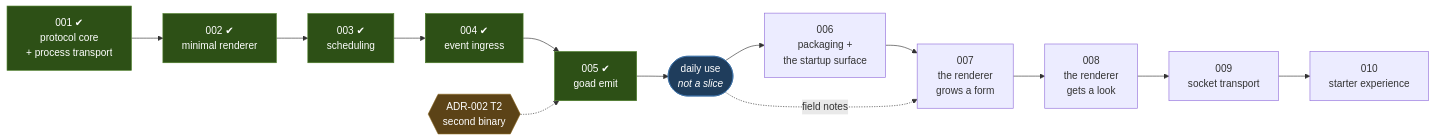
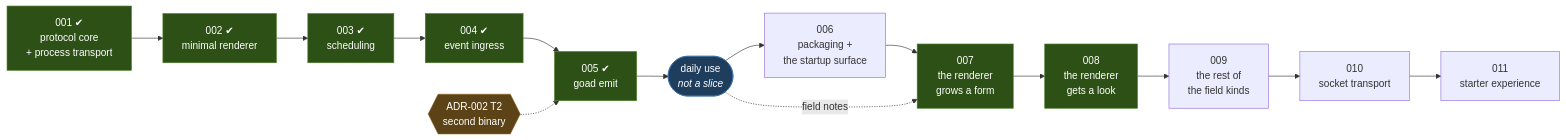
The diagram in docs/roadmap.md (davidlee/goad), drawn with Mermaid before and after one commit. The commit also changed other lines of this file and 18 other files, not shown here.

````diff
--- a/docs/roadmap.md
+++ b/docs/roadmap.md
@@ -74,27 +87,28 @@
 ```mermaid
 graph LR
   S1["001 ✔<br/>protocol core<br/>+ process transport"]
   S2["002 ✔<br/>minimal renderer"]
   S3["003 ✔<br/>scheduling"]
   S4["004 ✔<br/>event ingress"]
   S5["005 ✔<br/>goad emit"]
   USE(["daily use<br/><i>not a slice</i>"])
   S6["006<br/>packaging +<br/>the startup surface"]
   S7["007<br/>the renderer<br/>grows a form"]
   S8["008<br/>the renderer<br/>gets a look"]
-  S9["009<br/>socket transport"]
-  S10["010<br/>starter experience"]
+  S9["009<br/>the rest of<br/>the field kinds"]
+  S10["010<br/>socket transport"]
+  S11["011<br/>starter experience"]
 
   T2{{"ADR-002 T2<br/>second binary"}}
 
-  S1 --> S2 --> S3 --> S4 --> S5 --> USE --> S6 --> S7 --> S8 --> S9 --> S10
+  S1 --> S2 --> S3 --> S4 --> S5 --> USE --> S6 --> S7 --> S8 --> S9 --> S10 --> S11
   T2 -.-> S5
   USE -.->|field notes| S7
 
   classDef done fill:#2d5016,stroke:#4a7c26,color:#fff
   classDef trigger fill:#5c4317,stroke:#8a6620,color:#fff
   classDef use fill:#1f3d5c,stroke:#3a6ea5,color:#fff
-  class S1,S2,S3,S4,S5 done
+  class S1,S2,S3,S4,S5,S7,S8 done
   class T2 trigger
   class USE use
 ```
````
